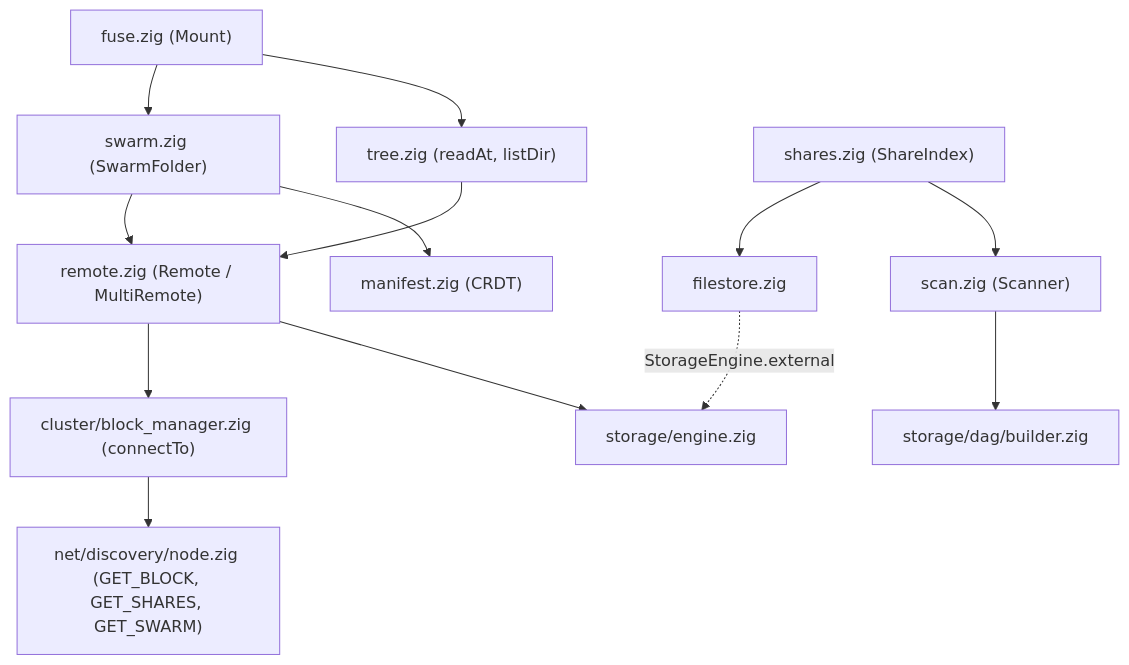
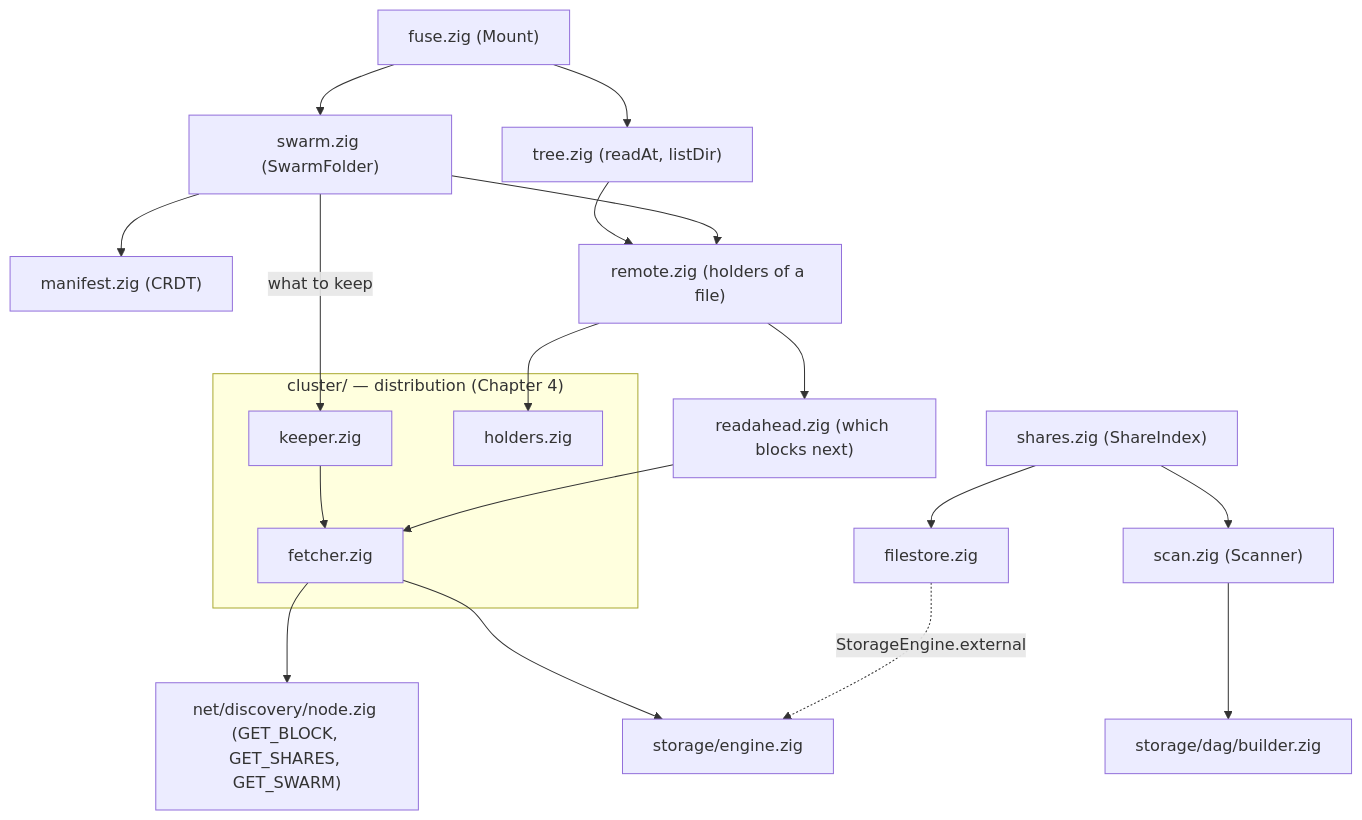
One commit to highercomve/nomadfs changed the diagram in learning/fs/overview.md. Above: the diagram before and after it, drawn with Mermaid. The commit also changed other lines of this file and 27 other files, not shown here.

````diff
--- a/learning/fs/overview.md
+++ b/learning/fs/overview.md
@@ -30,15 +32,24 @@
 ```mermaid
 graph TD
     FUSE["fuse.zig (Mount)"] --> Tree["tree.zig (readAt, listDir)"]
     FUSE --> Swarm["swarm.zig (SwarmFolder)"]
     Swarm --> Manifest["manifest.zig (CRDT)"]
-    Swarm --> Remote["remote.zig (Remote / MultiRemote)"]
+    Swarm --> Remote["remote.zig (holders of a file)"]
     Tree --> Remote
+    Remote --> RA["readahead.zig (which blocks next)"]
     Shares["shares.zig (ShareIndex)"] --> Scan["scan.zig (Scanner)"]
     Scan --> Builder["storage/dag/builder.zig"]
     Shares --> Filestore["filestore.zig"]
     Filestore -. "StorageEngine.external" .-> Engine["storage/engine.zig"]
-    Remote --> Engine
-    Remote --> BM["cluster/block_manager.zig (connectTo)"]
-    BM --> DHT["net/discovery/node.zig (GET_BLOCK, GET_SHARES, GET_SWARM)"]
+    subgraph cluster["cluster/ — distribution (Chapter 4)"]
+        F["fetcher.zig"]
+        K["keeper.zig"]
+        H["holders.zig"]
+    end
+    RA --> F
+    Remote --> H
+    Swarm -- "what to keep" --> K
+    K --> F
+    F --> Engine
+    F --> DHT["net/discovery/node.zig (GET_BLOCK, GET_SHARES, GET_SWARM)"]
 ```
````
